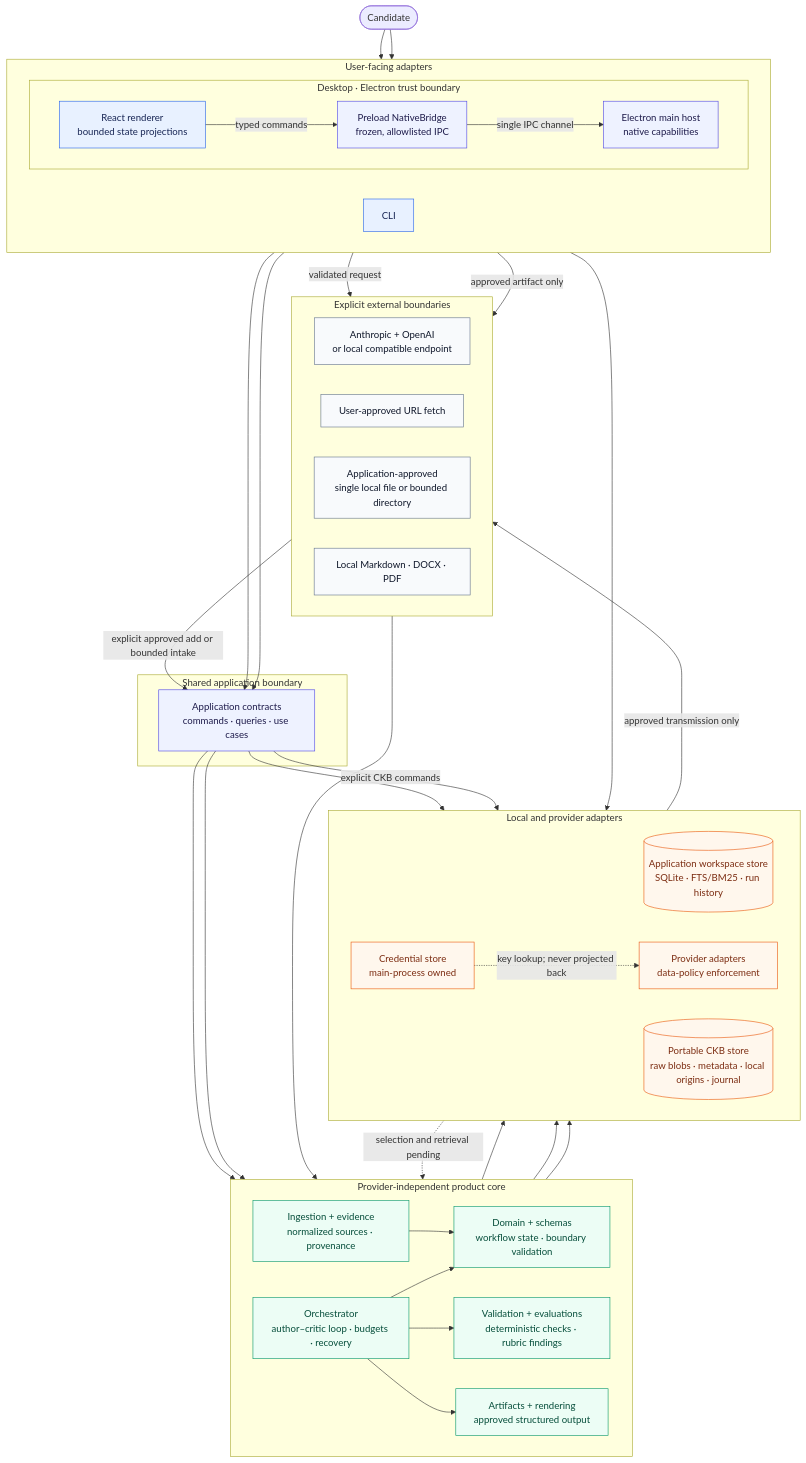
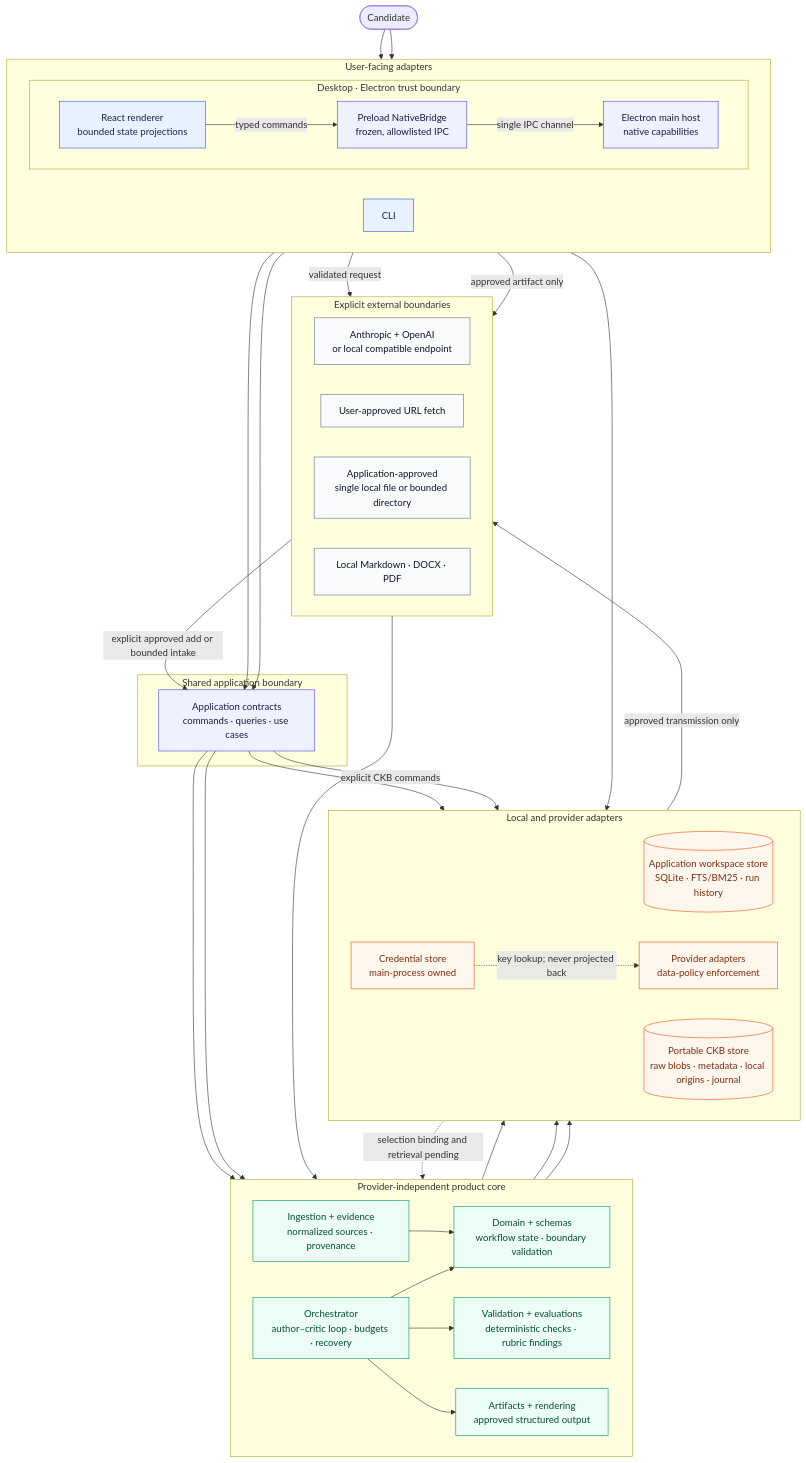
The diagram in docs/architecture.md (akoita/draft-loop), drawn with Mermaid before and after one commit. The commit also changed other lines of this file and 10 other files, not shown here.

````diff
--- a/docs/architecture.md
+++ b/docs/architecture.md
@@ -10,82 +10,82 @@
 ```mermaid
 flowchart TB
     User([Candidate])
 
     subgraph Adapters["User-facing adapters"]
         direction LR
         CLI["CLI"]
 
         subgraph Desktop["Desktop · Electron trust boundary"]
             direction LR
             Renderer["React renderer<br/>bounded state projections"]
             Bridge["Preload NativeBridge<br/>frozen, allowlisted IPC"]
             Host["Electron main host<br/>native capabilities"]
             Renderer -->|"typed commands"| Bridge
             Bridge -->|"single IPC channel"| Host
         end
     end
 
     subgraph Application["Shared application boundary"]
         App["Application contracts<br/>commands · queries · use cases"]
     end
 
     subgraph Core["Provider-independent product core"]
         direction LR
         Orchestrator["Orchestrator<br/>author–critic loop · budgets · recovery"]
         Domain["Domain + schemas<br/>workflow state · boundary validation"]
         Knowledge["Ingestion + evidence<br/>normalized sources · provenance"]
         Quality["Validation + evaluations<br/>deterministic checks · rubric findings"]
         Artifacts["Artifacts + rendering<br/>approved structured output"]
         Orchestrator --> Domain
         Knowledge --> Domain
         Orchestrator --> Quality
         Orchestrator --> Artifacts
     end
 
     subgraph Infrastructure["Local and provider adapters"]
         direction LR
         WorkspaceStore[("Application workspace store<br/>SQLite · FTS/BM25 · run history")]
         CKBStore[("Portable CKB store<br/>raw blobs · metadata · local origins · journal")]
         Providers["Provider adapters<br/>data-policy enforcement"]
         Credentials["Credential store<br/>main-process owned"]
     end
 
     subgraph External["Explicit external boundaries"]
         direction LR
         Models["Anthropic + OpenAI<br/>or local compatible endpoint"]
         URL["User-approved URL fetch"]
         LocalFile["Application-approved<br/>single local file or bounded directory"]
         Export["Local Markdown · DOCX · PDF"]
     end
 
     User --> CLI
     User --> Renderer
     CLI --> App
     Host --> App
     App --> Orchestrator
     App --> Knowledge
     App --> WorkspaceStore
     Domain --> WorkspaceStore
     Knowledge --> WorkspaceStore
     App -->|"explicit CKB commands"| CKBStore
-    CKBStore -.->|"selection and retrieval pending"| Knowledge
+    CKBStore -.->|"selection binding and retrieval pending"| Knowledge
     Orchestrator --> Providers
     Host --> Credentials
     Credentials -.->|"key lookup; never projected back"| Providers
     Providers -->|"approved transmission only"| Models
     Host -->|"validated request"| URL
     URL --> Knowledge
     LocalFile -->|"explicit approved add or bounded intake"| App
     Host -->|"approved artifact only"| Export
 
     classDef ui fill:#e8f1ff,stroke:#2563eb,color:#172554;
     classDef boundary fill:#eef2ff,stroke:#4f46e5,color:#1e1b4b;
     classDef core fill:#ecfdf5,stroke:#059669,color:#064e3b;
     classDef infra fill:#fff7ed,stroke:#ea580c,color:#7c2d12;
     classDef external fill:#f8fafc,stroke:#64748b,color:#0f172a;
     class CLI,Renderer ui;
     class Bridge,Host,App boundary;
     class Orchestrator,Domain,Knowledge,Quality,Artifacts core;
     class WorkspaceStore,CKBStore,Providers,Credentials infra;
     class Models,URL,LocalFile,Export external;
 ```
````
